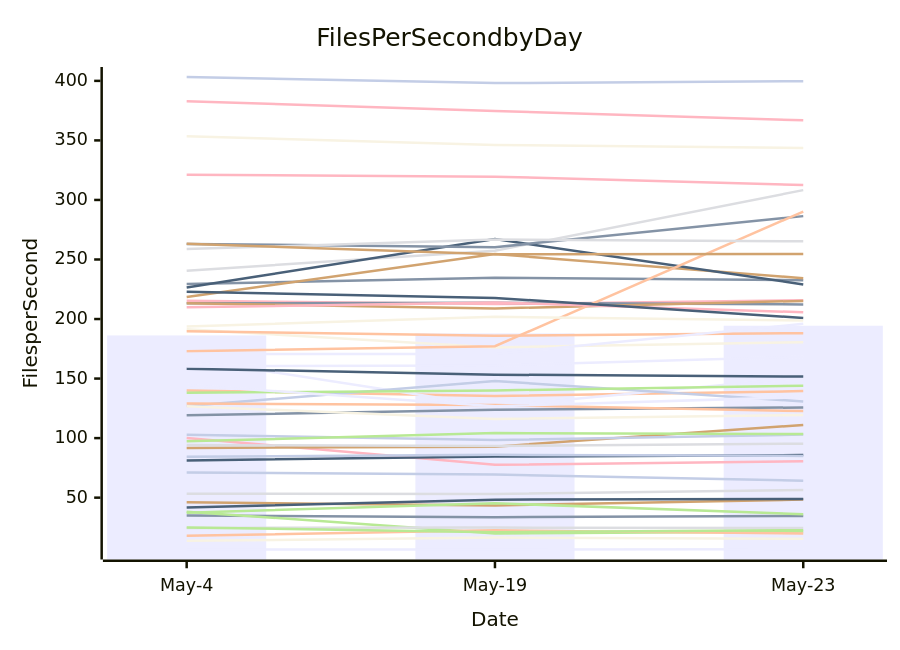
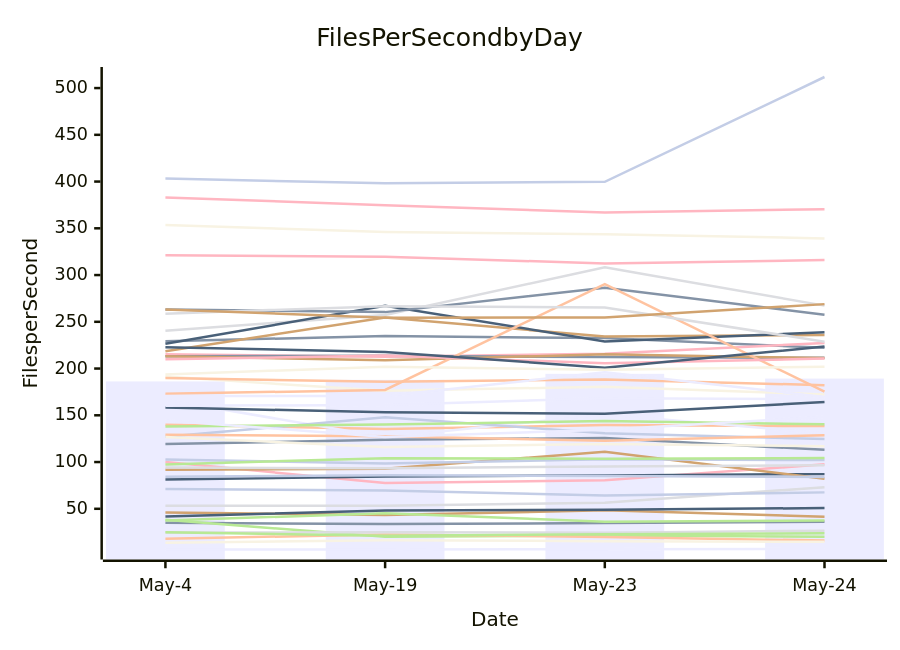
The diagram in perf-report.md (streetsidesoftware/cspell), drawn with Mermaid before and after one commit. The commit also changed other lines of this file and 2 other files, not shown here.

````diff
--- a/perf-report.md
+++ b/perf-report.md
@@ -11,57 +11,57 @@
 ```mermaid
 xychart-beta
     title Files Per Second by Day
     y-axis Files per Second
-    x-axis Date [May-4, May-19, May-23]
-    bar [186.25, 187.94, 194.38]
-    line [35.07, 33.61, 34.69]
-    line [140.01, 135.42, 139.50]
-    line [53.38, 53.17, 56.48]
-    line [38.18, 20.00, 21.53]
-    line [46.04, 43.44, 48.37]
-    line [71.11, 69.47, 64.25]
-    line [100.08, 77.54, 80.59]
-    line [81.26, 84.52, 85.73]
-    line [191.37, 176.15, 180.59]
-    line [166.55, 126.61, 150.87]
-    line [119.17, 123.77, 125.73]
-    line [17.95, 22.53, 19.87]
-    line [24.56, 24.84, 24.48]
-    line [24.93, 21.05, 22.73]
-    line [91.75, 92.82, 111.10]
-    line [102.79, 98.35, 102.96]
-    line [382.99, 374.77, 366.83]
-    line [158.32, 153.28, 151.73]
-    line [13.72, 16.48, 15.39]
-    line [6.46, 6.48, 6.70]
-    line [229.32, 234.71, 232.57]
-    line [189.78, 185.86, 188.16]
-    line [240.52, 257.39, 308.24]
-    line [37.38, 45.35, 36.07]
-    line [218.55, 254.57, 234.26]
-    line [127.00, 147.92, 130.77]
-    line [215.39, 212.55, 215.84]
-    line [226.51, 267.13, 229.05]
-    line [353.58, 346.15, 343.69]
-    line [160.29, 160.94, 168.26]
-    line [213.17, 213.72, 212.23]
-    line [129.13, 127.71, 122.71]
-    line [94.12, 93.35, 95.34]
-    line [138.03, 140.07, 144.01]
-    line [213.15, 208.87, 215.23]
-    line [84.38, 85.95, 85.08]
-    line [321.24, 319.57, 312.48]
-    line [41.81, 48.29, 48.86]
-    line [126.81, 116.06, 119.43]
-    line [144.52, 126.78, 134.48]
-    line [263.11, 260.36, 286.42]
-    line [172.93, 177.15, 290.28]
-    line [258.73, 266.74, 265.26]
-    line [97.37, 104.19, 103.43]
-    line [263.28, 254.35, 254.61]
-    line [403.25, 398.12, 399.78]
-    line [209.84, 213.89, 205.67]
-    line [222.86, 217.73, 200.96]
-    line [193.68, 201.86, 198.76]
-    line [170.59, 170.67, 195.94]
+    x-axis Date [May-4, May-19, May-23, May-24]
+    bar [186.25, 187.94, 194.38, 189.26]
+    line [35.07, 33.61, 34.69, 36.05]
+    line [140.01, 135.42, 139.50, 138.49]
+    line [53.38, 53.17, 56.48, 73.13]
+    line [38.18, 20.00, 21.53, 20.21]
+    line [46.04, 43.44, 48.37, 41.48]
+    line [71.11, 69.47, 64.25, 67.56]
+    line [100.08, 77.54, 80.59, 97.52]
+    line [81.26, 84.52, 85.73, 87.08]
+    line [191.37, 176.15, 180.59, 172.23]
+    line [166.55, 126.61, 150.87, 130.72]
+    line [119.17, 123.77, 125.73, 113.02]
+    line [17.95, 22.53, 19.87, 16.02]
+    line [24.56, 24.84, 24.48, 26.62]
+    line [24.93, 21.05, 22.73, 23.79]
+    line [91.75, 92.82, 111.10, 82.04]
+    line [102.79, 98.35, 102.96, 102.06]
+    line [382.99, 374.77, 366.83, 370.43]
+    line [158.32, 153.28, 151.73, 164.19]
+    line [13.72, 16.48, 15.39, 14.72]
+    line [6.46, 6.48, 6.70, 7.00]
+    line [229.32, 234.71, 232.57, 222.14]
+    line [189.78, 185.86, 188.16, 182.19]
+    line [240.52, 257.39, 308.24, 267.29]
+    line [37.38, 45.35, 36.07, 37.44]
+    line [218.55, 254.57, 234.26, 235.79]
+    line [127.00, 147.92, 130.77, 124.57]
+    line [215.39, 212.55, 215.84, 227.30]
+    line [226.51, 267.13, 229.05, 238.78]
+    line [353.58, 346.15, 343.69, 339.23]
+    line [160.29, 160.94, 168.26, 167.30]
+    line [213.17, 213.72, 212.23, 211.44]
+    line [129.13, 127.71, 122.71, 128.70]
+    line [94.12, 93.35, 95.34, 96.59]
+    line [138.03, 140.07, 144.01, 140.38]
+    line [213.15, 208.87, 215.23, 211.16]
+    line [84.38, 85.95, 85.08, 84.06]
+    line [321.24, 319.57, 312.48, 316.06]
+    line [41.81, 48.29, 48.86, 50.81]
+    line [126.81, 116.06, 119.43, 116.94]
+    line [144.52, 126.78, 134.48, 148.32]
+    line [263.11, 260.36, 286.42, 257.52]
+    line [172.93, 177.15, 290.28, 175.29]
+    line [258.73, 266.74, 265.26, 228.77]
+    line [97.37, 104.19, 103.43, 104.20]
+    line [263.28, 254.35, 254.61, 268.91]
+    line [403.25, 398.12, 399.78, 511.84]
+    line [209.84, 213.89, 205.67, 210.66]
+    line [222.86, 217.73, 200.96, 223.50]
+    line [193.68, 201.86, 198.76, 202.03]
+    line [170.59, 170.67, 195.94, 169.69]
 ```
````
